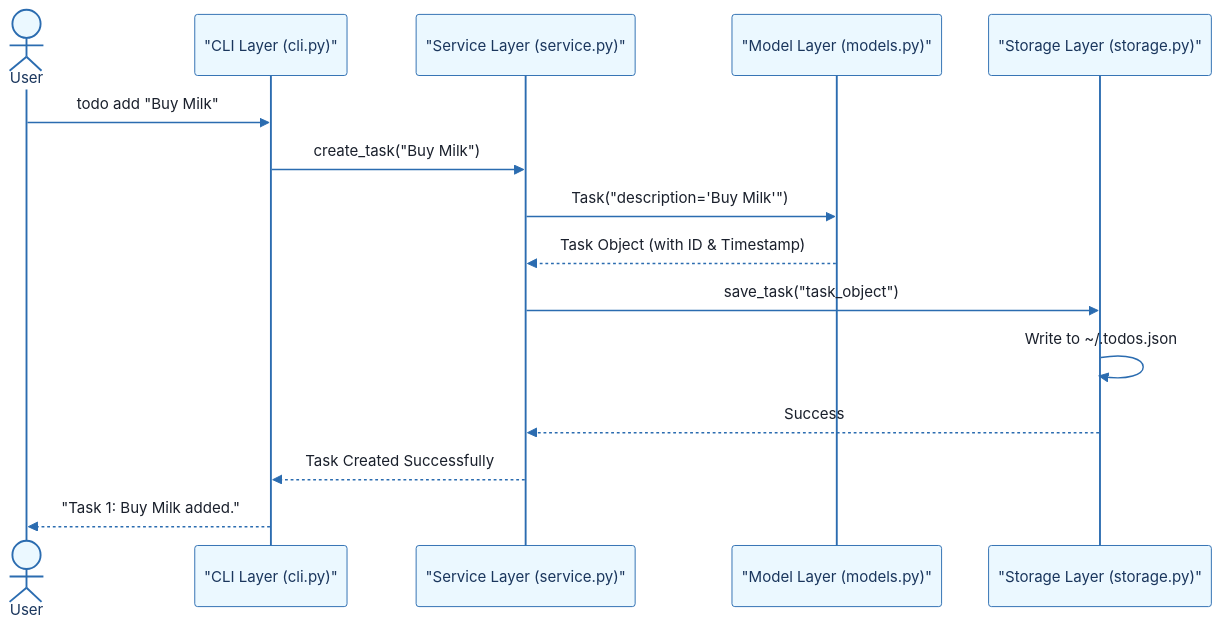
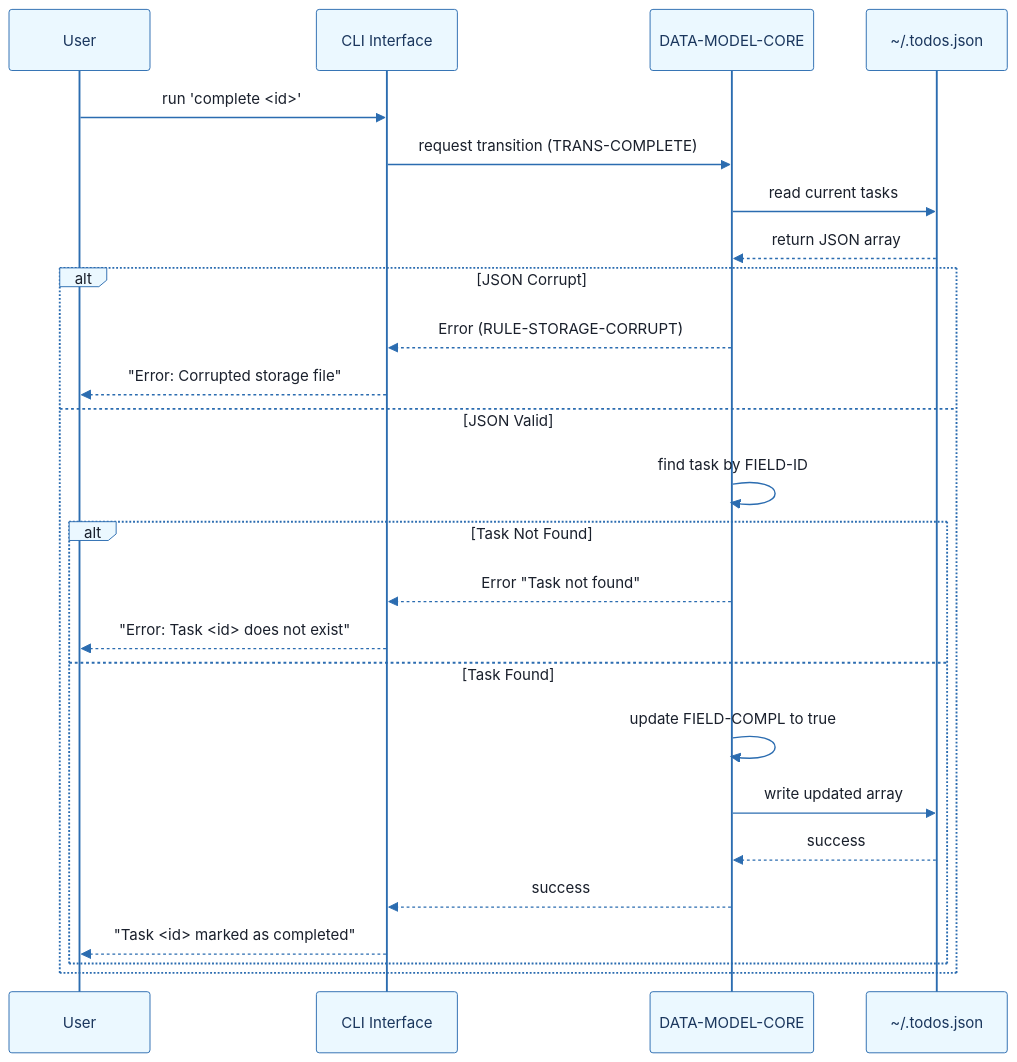
Before and after one commit to abir-ommezzine/extension-github-spec-kit: the seventh of 7 diagrams in outputs/data/markdown/cli_to-do_list_manager_doc.md, drawn with Mermaid. The commit also changed other lines of this file and 145 other files, not shown here.

````diff
--- a/outputs/data/markdown/cli_to-do_list_manager_doc.md
+++ b/outputs/data/markdown/cli_to-do_list_manager_doc.md
@@ -599,60 +516,70 @@
 ```mermaid
 %%{init: {
   'theme': 'base',
   'themeVariables': {
     'primaryColor': '#1A365D',
     'primaryTextColor': '#1A202C',
     'primaryBorderColor': '#2B6CB0',
     'lineColor': '#2B6CB0',
     'secondaryColor': '#EBF8FF',
     'tertiaryColor': '#EBF8FF',
     'background': '#FFFFFF',
     'mainBkg': '#FFFFFF',
     'secondBkg': '#EBF8FF',
     'tertiaryBkg': '#F7FAFC',
     'secondaryTextColor': '#4A5568',
     'fontSize': '16px',
     'fontFamily': 'Inter, system-ui, sans-serif',
     'nodePadding': '15px',
     'borderRadius': '8px',
     'edgeLabelBackground': '#EBF8FF',
     'clusterBkg': '#F7FAFC',
     'clusterBorder': '#2B6CB0',
     'defaultLinkColor': '#2B6CB0',
     'titleColor': '#1A365D',
     'actorBorder': '#2B6CB0',
     'actorBkg': '#EBF8FF',
     'actorTextColor': '#1A365D',
     'actorLineColor': '#2B6CB0',
     'signalColor': '#2B6CB0',
     'signalTextColor': '#1A202C',
     'labelBoxBorderColor': '#2B6CB0',
     'labelBoxBkgColor': '#EBF8FF',
     'labelTextColor': '#1A202C',
     'loopTextColor': '#1A202C',
     'arrowHeadColor': '#2B6CB0',
     'sequenceNumberColor': '#1A365D',
     'sequenceActorBorder': '#2B6CB0',
     'sequenceActorBkg': '#EBF8FF',
     'sequenceArrowColor': '#2B6CB0',
     'noteBkgColor': '#FFF5EB',
     'noteBorderColor': '#DD6B20',
     'noteTextColor': '#1A202C'
   }
 }}%%
 sequenceDiagram
-    actor User
-    participant CLI as "CLI Layer (cli.py)"
-    participant SVC as "Service Layer (service.py)"
-    participant MDL as "Model Layer (models.py)"
-    participant STR as "Storage Layer (storage.py)"
-    User->>CLI: todo add "Buy Milk"
-    CLI->>SVC: create_task("Buy Milk")
-    SVC->>MDL: Task("description='Buy Milk'")
-    MDL-->>SVC: Task Object (with ID & Timestamp)
-    SVC->>STR: save_task("task_object")
-    STR->>STR: Write to ~/.todos.json
-    STR-->>SVC: Success
-    SVC-->>CLI: Task Created Successfully
-    CLI-->>User: "Task 1: Buy Milk added."
+    participant User
+    participant CLI as CLI Interface
+    participant Model as DATA-MODEL-CORE
+    participant Storage as ~/.todos.json
+    User->>CLI: run 'complete <id>'
+    CLI->>Model: request transition (TRANS-COMPLETE)
+    Model->>Storage: read current tasks
+    Storage-->>Model: return JSON array
+    alt JSON Corrupt
+        Model-->>CLI: Error (RULE-STORAGE-CORRUPT)
+        CLI-->>User: "Error: Corrupted storage file"
+    else JSON Valid
+        Model->>Model: find task by FIELD-ID
+        alt Task Not Found
+            Model-->>CLI: Error "Task not found"
+            CLI-->>User: "Error: Task <id> does not exist"
+        else Task Found
+            Model->>Model: update FIELD-COMPL to true
+            Model->>Storage: write updated array
+            Storage-->>Model: success
+            Model-->>CLI: success
+            CLI-->>User: "Task <id> marked as completed"
+        end
+    end
 ```
````
